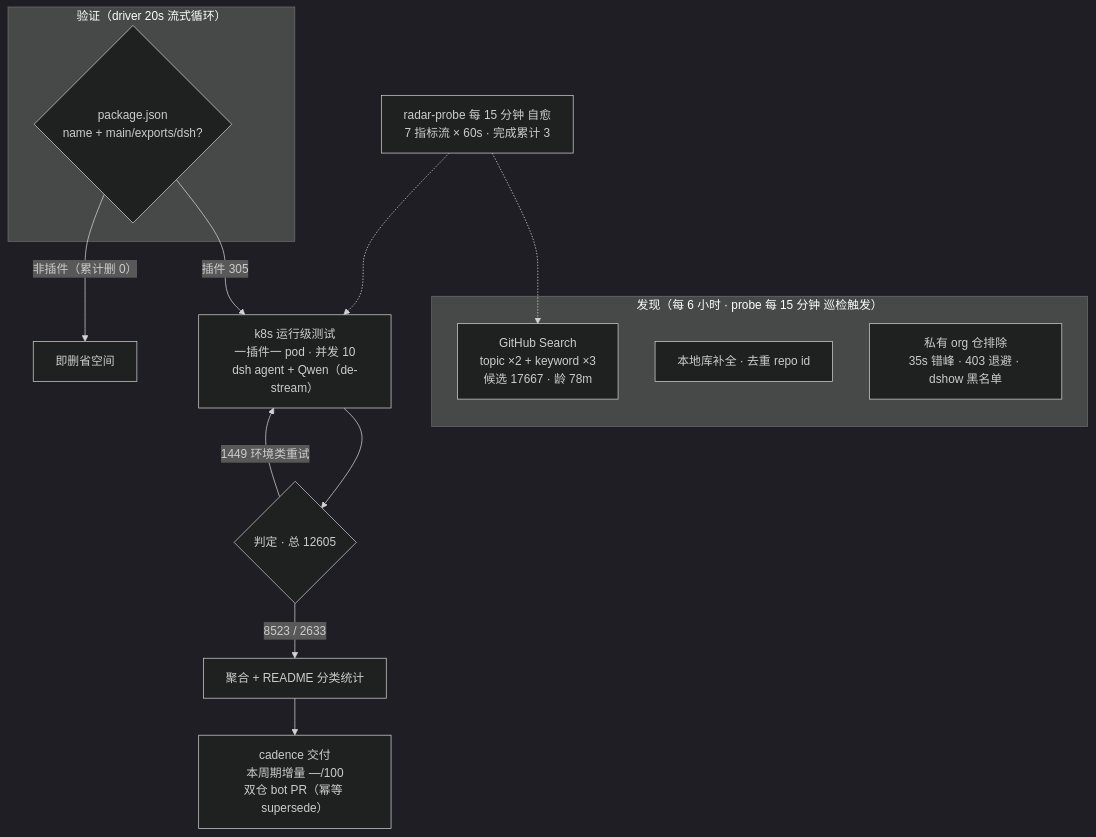
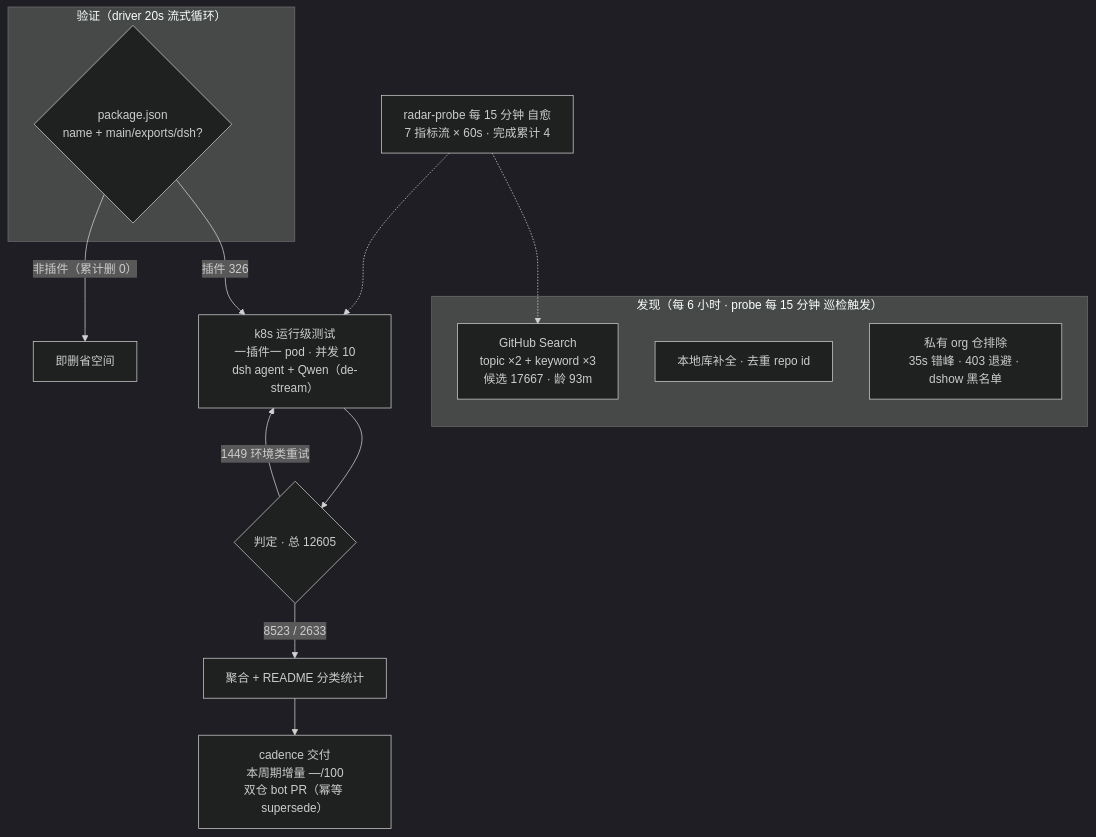
Before and after one commit to AdamPlatin123/awesome-dsh-plugins: the diagram in README.md, drawn with Mermaid (dark theme). The commit also changed other lines of this file and 5 other files, not shown here.

````diff
--- a/README.md
+++ b/README.md
@@ -52,20 +52,20 @@
 ```mermaid
 flowchart TB
     subgraph Discovery["发现（每 6 小时 · probe 每 15 分钟 巡检触发）"]
-        A1["GitHub Search<br/>topic ×2 + keyword ×3<br/>候选 17667 · 龄 78m"]
+        A1["GitHub Search<br/>topic ×2 + keyword ×3<br/>候选 17667 · 龄 93m"]
         A2["本地库补全 · 去重 repo id"]
         A3["私有 org 仓排除<br/>35s 错峰 · 403 退避 · dshow 黑名单"]
     end
     subgraph Validation["验证（driver 20s 流式循环）"]
         B1{"package.json<br/>name + main/exports/dsh?"}
     end
-    B1 -->|"插件 305"| C1["k8s 运行级测试<br/>一插件一 pod · 并发 10<br/>dsh agent + Qwen（de-stream）"]
+    B1 -->|"插件 326"| C1["k8s 运行级测试<br/>一插件一 pod · 并发 10<br/>dsh agent + Qwen（de-stream）"]
     B1 -->|"非插件（累计删 0）"| B3["即删省空间"]
     C1 --> D1{"判定 · 总 12605"}
     D1 -->|"8523 / 2633"| E1["聚合 + README 分类统计"]
     D1 -->|"1449 环境类重试"| C1
     E1 --> E2["cadence 交付<br/>本周期增量 —/100<br/>双仓 bot PR（幂等 supersede）"]
-    M["radar-probe 每 15 分钟 自愈<br/>7 指标流 × 60s · 完成累计 3"]
+    M["radar-probe 每 15 分钟 自愈<br/>7 指标流 × 60s · 完成累计 4"]
     M -.-> A1
     M -.-> C1
 ```
````
